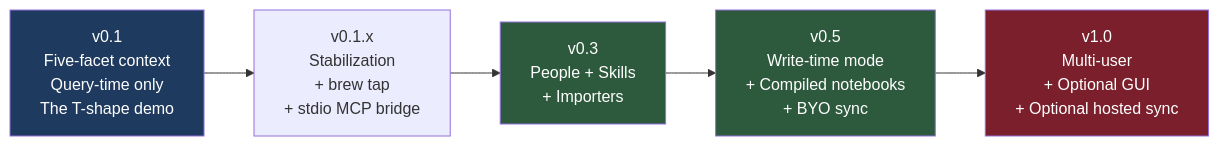
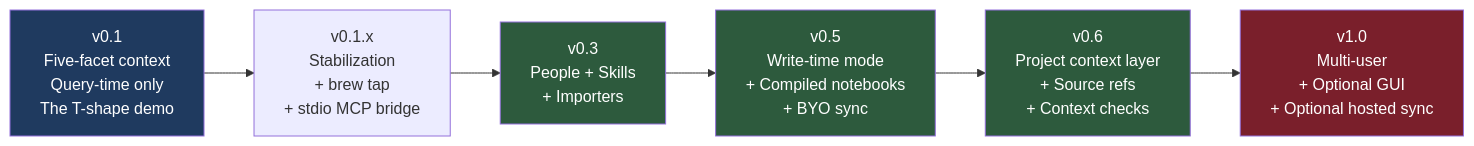
One commit to Mathews-Tom/Tessera changed the first of 2 diagrams in docs/release-spec.md. Above: the diagram before and after it, drawn with Mermaid. The commit also changed other lines of this file and 8 other files, not shown here.

First line of the commit message:
docs: add project context roadmap (#72)

````diff
--- a/docs/release-spec.md
+++ b/docs/release-spec.md
@@ -20,15 +20,17 @@
 ```mermaid
 graph LR
   V01[v0.1<br/>Five-facet context<br/>Query-time only<br/>The T-shape demo]
   V01x[v0.1.x<br/>Stabilization<br/>+ brew tap<br/>+ stdio MCP bridge]
   V03[v0.3<br/>People + Skills<br/>+ Importers]
   V05[v0.5<br/>Write-time mode<br/>+ Compiled notebooks<br/>+ BYO sync]
+  V06[v0.6<br/>Project context layer<br/>+ Source refs<br/>+ Context checks]
   V10[v1.0<br/>Multi-user<br/>+ Optional GUI<br/>+ Optional hosted sync]
 
-  V01 --> V01x --> V03 --> V05 --> V10
+  V01 --> V01x --> V03 --> V05 --> V06 --> V10
 
   style V01 fill:#1f3a5f,color:#fff
   style V03 fill:#2d5a3d,color:#fff
   style V05 fill:#2d5a3d,color:#fff
+  style V06 fill:#2d5a3d,color:#fff
   style V10 fill:#7a1f2b,color:#fff
 ```
````
